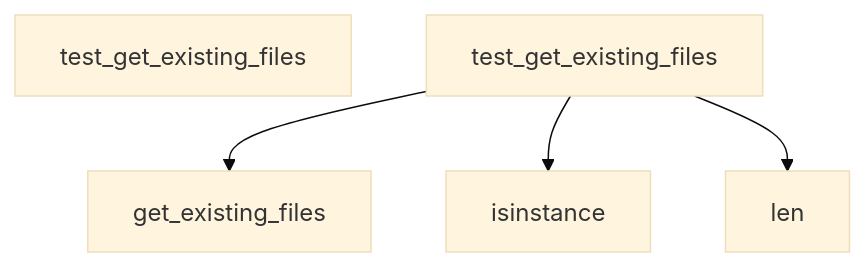
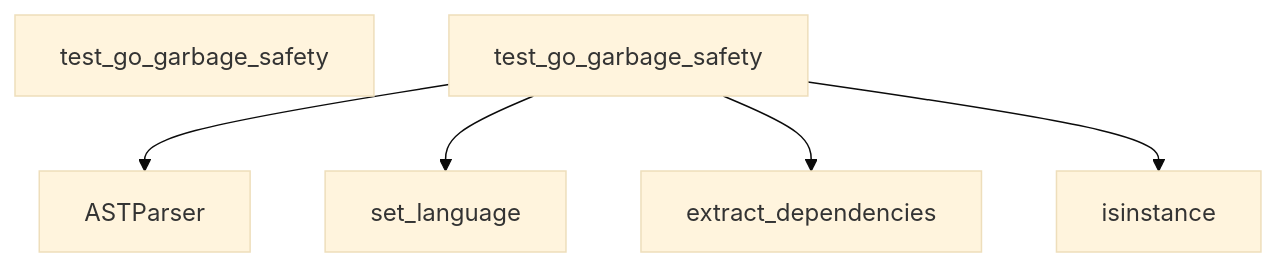
Before and after one commit to hazalkoom/DECODEx01: diagram 26 of 28 in docs/DATA_FLOW.md, drawn with Mermaid (base theme). The commit also changed other lines of this file and 6 other files, not shown here.

Commit message:
feat: NLG heuristic improvements - stricter schema matching, python decorator parsing, utility path pruning

````diff
--- a/docs/DATA_FLOW.md
+++ b/docs/DATA_FLOW.md
@@ -797,17 +963,21 @@
 ```mermaid
 graph TD
-    Start[test_get_existing_files]
+    Start[test_go_garbage_safety]
 
 
-    test_get_existing_files --> get_existing_files
+    test_go_garbage_safety --> ASTParser
 
 
 
-    test_get_existing_files --> isinstance
+    test_go_garbage_safety --> set_language
 
 
 
-    test_get_existing_files --> len
+    test_go_garbage_safety --> extract_dependencies
+
+
+
+    test_go_garbage_safety --> isinstance
 
 
 ```
````
